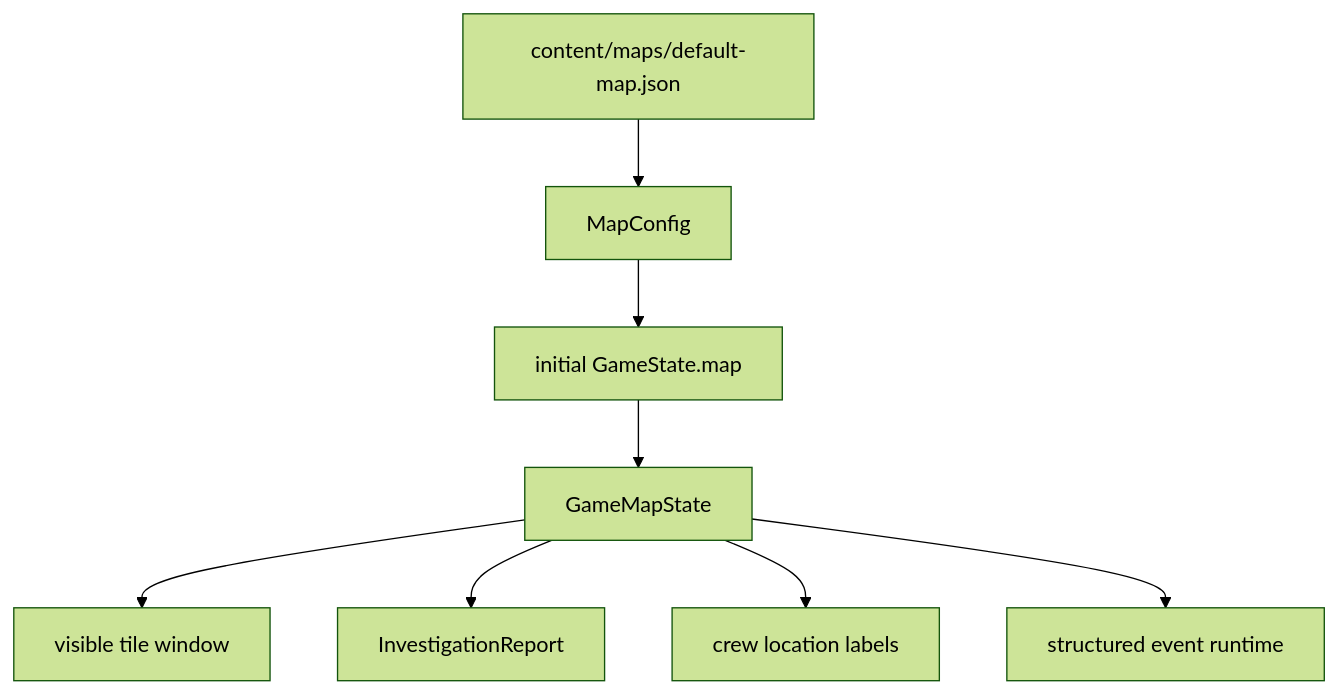
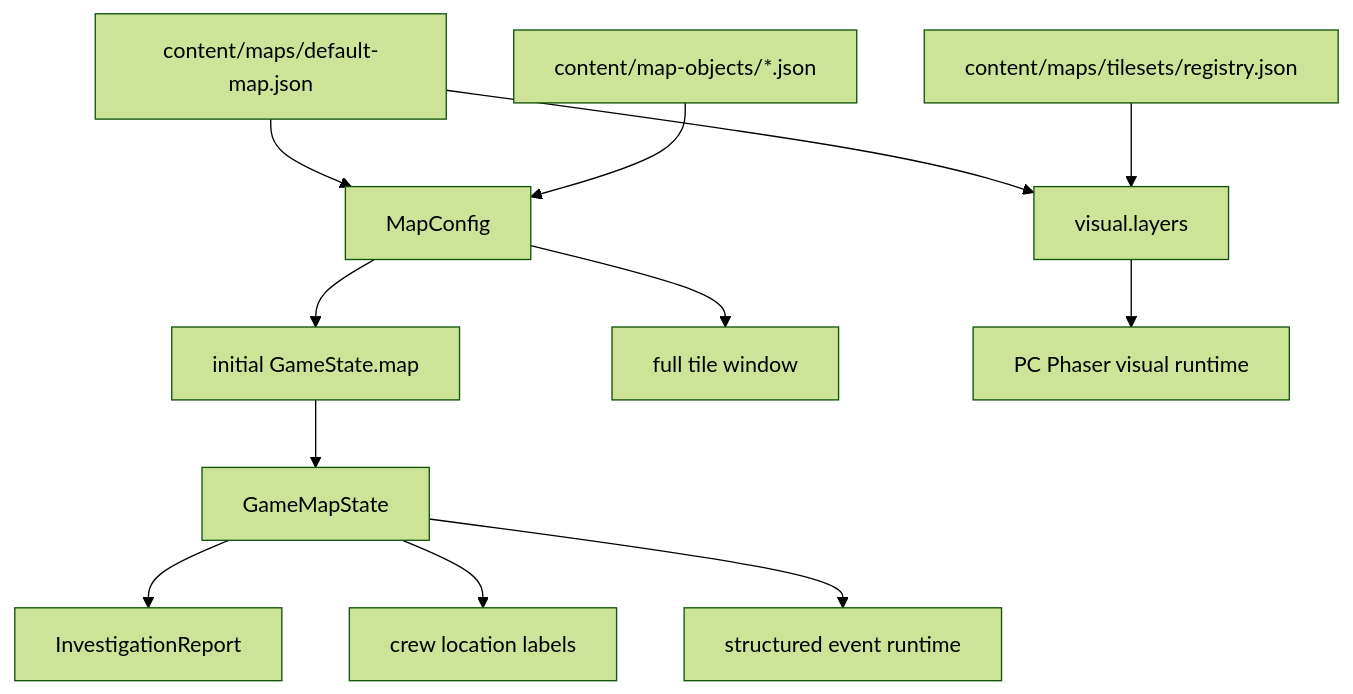
Before and after one commit to Hikaru518/stellar-frontier: the diagram in docs/game_model/map.md, drawn with Mermaid (forest theme). The commit also changed other lines of this file and 301 other files, not shown here.

First line of the commit message:
feat: phaser-map (#31)

````diff
--- a/docs/game_model/map.md
+++ b/docs/game_model/map.md
@@ -20,10 +20,14 @@
 ```mermaid
 flowchart TD
   MapJson["content/maps/default-map.json"] --> MapConfig["MapConfig"]
+  MapJson --> VisualLayers["visual.layers"]
+  TilesetRegistry["content/maps/tilesets/registry.json"] --> VisualLayers
+  MapObjects["content/map-objects/*.json"] --> MapConfig
   MapConfig --> InitialMap["initial GameState.map"]
   InitialMap --> GameMapState["GameMapState"]
-  GameMapState --> VisibleWindow["visible tile window"]
+  MapConfig --> FullWindow["full tile window"]
+  VisualLayers --> PhaserRuntime["PC Phaser visual runtime"]
   GameMapState --> InvestigationReport["InvestigationReport"]
   GameMapState --> CrewLocation["crew location labels"]
   GameMapState --> EventRuntime["structured event runtime"]
 ```
````
